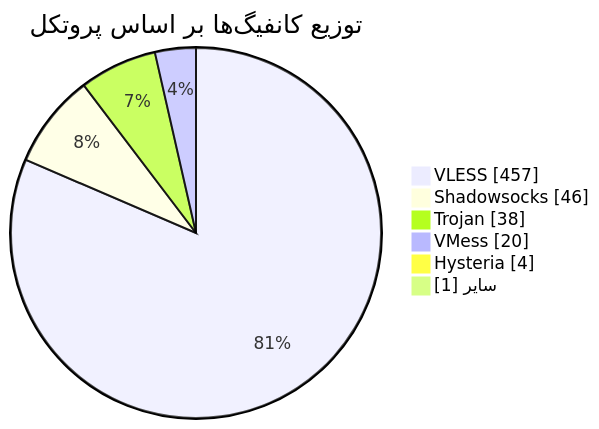
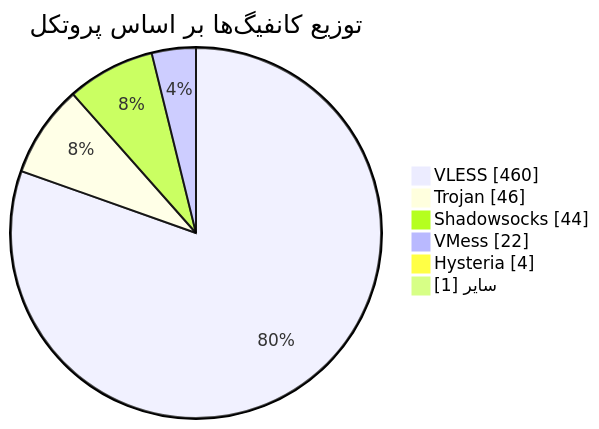
The diagram in README.md (Arian-Alijani/Somthing), drawn with Mermaid before and after one commit. The commit also changed other lines of this file and 75 other files, not shown here.

````diff
--- a/README.md
+++ b/README.md
@@ -48,10 +48,10 @@
 ```mermaid
 pie showData
     title توزیع کانفیگ‌ها بر اساس پروتکل
-    "VLESS" : 457
-    "Shadowsocks" : 46
-    "Trojan" : 38
-    "VMess" : 20
+    "VLESS" : 460
+    "Trojan" : 46
+    "Shadowsocks" : 44
+    "VMess" : 22
     "Hysteria" : 4
     "سایر" : 1
 ```
````
